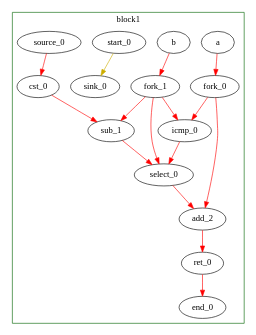
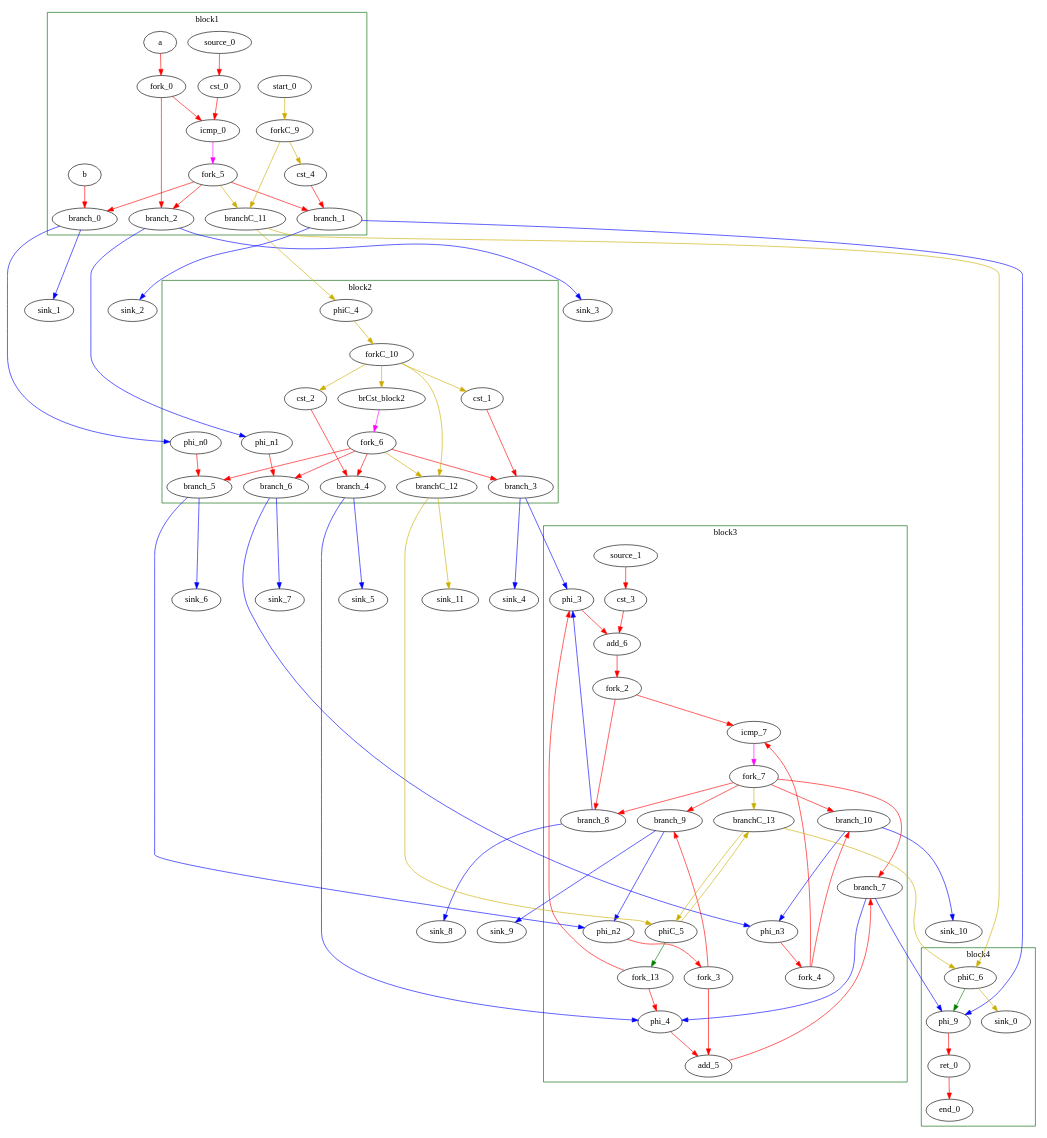
Before and after one commit to madhur19171/dot2verilog: the diagram in src/HelloWorld.dot, drawn with Graphviz. The commit also changed 17 other files, not shown here.

```diff
--- a/src/HelloWorld.dot
+++ b/src/HelloWorld.dot
@@ -1,37 +1,169 @@
 Digraph G {
 	splines=spline;
 //DHLS version: 0.1.1" [shape = "none" pos = "20,20!"]
 		"a" [type = "Entry", bbID= 1, in = "in1:32", out = "out1:32"];
 		"b" [type = "Entry", bbID= 1, in = "in1:32", out = "out1:32"];
+		"cst_0" [type = "Constant", bbID= 1, in = "in1:32", out = "out1:32", value = "0x00000000"];
 		"icmp_0" [type = "Operator", bbID= 1, op = "icmp_sgt_op", in = "in1:32 in2:32 ", out = "out1:1 ", delay=1.530, latency=0, II=1];
-		"cst_0" [type = "Constant", bbID= 1, in = "in1:32", out = "out1:32", value = "0x00000000"];
-		"sub_1" [type = "Operator", bbID= 1, op = "sub_op", in = "in1:32 in2:32 ", out = "out1:32 ", delay=1.693, latency=0, II=1];
-		"select_0" [type = "Operator", bbID= 1, op = "select_op", in = "in1?:1 in2+:32 in3-:32 ", out = "out1:32 ", trueFrac=0.2, delay=0.000, latency=0, II=1];
-		"add_2" [type = "Operator", bbID= 1, op = "add_op", in = "in1:32 in2:32 ", out = "out1:32 ", delay=1.693, latency=0, II=1];
-		"ret_0" [type = "Operator", bbID= 1, op = "ret_op", in = "in1:32 ", out = "out1:32 ", delay=0.000, latency=0, II=1];
+		"brCst_block2" [type = "Constant", bbID= 2, in = "in1:1", out = "out1:1", value = "0x1"];
+		"cst_1" [type = "Constant", bbID= 2, in = "in1:32", out = "out1:32", value = "0x00000000"];
+		"phi_3" [type = "Mux", bbID= 3, in = "in1?:1 in2:32 in3:32 ", out = "out1:32", delay=0.366];
+		"cst_2" [type = "Constant", bbID= 2, in = "in1:32", out = "out1:32", value = "0x00000000"];
+		"phi_4" [type = "Mux", bbID= 3, in = "in1?:1 in2:32 in3:32 ", out = "out1:32", delay=0.366];
+		"add_5" [type = "Operator", bbID= 3, op = "add_op", in = "in1:32 in2:32 ", out = "out1:32 ", delay=1.693, latency=0, II=1];
+		"cst_3" [type = "Constant", bbID= 3, in = "in1:32", out = "out1:32", value = "0x00000001"];
+		"add_6" [type = "Operator", bbID= 3, op = "add_op", in = "in1:32 in2:32 ", out = "out1:32 ", delay=1.693, latency=0, II=1];
+		"icmp_7" [type = "Operator", bbID= 3, op = "icmp_slt_op", in = "in1:32 in2:32 ", out = "out1:1 ", delay=1.530, latency=0, II=1];
+		"cst_4" [type = "Constant", bbID= 1, in = "in1:32", out = "out1:32", value = "0x00000000"];
+		"phi_9" [type = "Mux", bbID= 4, in = "in1?:1 in2:32 in3:32 ", out = "out1:32", delay=0.366];
+		"ret_0" [type = "Operator", bbID= 4, op = "ret_op", in = "in1:32 ", out = "out1:32 ", delay=0.000, latency=0, II=1];
+		"phi_n0" [type = "Merge", bbID= 2, in = "in1:32 ", out = "out1:32", delay=0.000];
+		"phi_n1" [type = "Merge", bbID= 2, in = "in1:32 ", out = "out1:32", delay=0.000];
+		"phi_n2" [type = "Merge", bbID= 3, in = "in1:32 in2:32 ", out = "out1:32", delay=0.366];
+		"phi_n3" [type = "Merge", bbID= 3, in = "in1:32 in2:32 ", out = "out1:32", delay=0.366];
 		"fork_0" [type = "Fork", bbID= 1, in = "in1:32", out = "out1:32 out2:32 "];
-		"fork_1" [type = "Fork", bbID= 1, in = "in1:32", out = "out1:32 out2:32 out3:32 "];
+		"fork_2" [type = "Fork", bbID= 3, in = "in1:32", out = "out1:32 out2:32 "];
+		"fork_3" [type = "Fork", bbID= 3, in = "in1:32", out = "out1:32 out2:32 "];
+		"fork_4" [type = "Fork", bbID= 3, in = "in1:32", out = "out1:32 out2:32 "];
+		"branch_0" [type = "Branch", bbID= 1,  in = "in1:32 in2?:1", out = "out1+:32 out2-:32"];
+		"branch_1" [type = "Branch", bbID= 1,  in = "in1:32 in2?:1", out = "out1+:32 out2-:32"];
+		"branch_2" [type = "Branch", bbID= 1,  in = "in1:32 in2?:1", out = "out1+:32 out2-:32"];
+		"fork_5" [type = "Fork", bbID= 1, in = "in1:1", out = "out1:1 out2:1 out3:1 out4:1 "];
+		"branch_3" [type = "Branch", bbID= 2,  in = "in1:32 in2?:1", out = "out1+:32 out2-:32"];
+		"branch_4" [type = "Branch", bbID= 2,  in = "in1:32 in2?:1", out = "out1+:32 out2-:32"];
+		"branch_5" [type = "Branch", bbID= 2,  in = "in1:32 in2?:1", out = "out1+:32 out2-:32"];
+		"branch_6" [type = "Branch", bbID= 2,  in = "in1:32 in2?:1", out = "out1+:32 out2-:32"];
+		"fork_6" [type = "Fork", bbID= 2, in = "in1:1", out = "out1:1 out2:1 out3:1 out4:1 out5:1 "];
+		"branch_7" [type = "Branch", bbID= 3,  in = "in1:32 in2?:1", out = "out1+:32 out2-:32"];
+		"branch_8" [type = "Branch", bbID= 3,  in = "in1:32 in2?:1", out = "out1+:32 out2-:32"];
+		"branch_9" [type = "Branch", bbID= 3,  in = "in1:32 in2?:1", out = "out1+:32 out2-:32"];
+		"branch_10" [type = "Branch", bbID= 3,  in = "in1:32 in2?:1", out = "out1+:32 out2-:32"];
+		"fork_7" [type = "Fork", bbID= 3, in = "in1:1", out = "out1:1 out2:1 out3:1 out4:1 out5:1 "];
 		"end_0" [type = "Exit", bbID= 0, in = "in1:32 ", out = "out1:32"];
 		"start_0" [type = "Entry", control= "true", bbID= 1, in = "in1:0", out = "out1:0"];
+		"forkC_9" [type = "Fork", bbID= 1, in = "in1:0", out = "out1:0 out2:0 "];
+		"branchC_11" [type = "Branch", bbID= 1,  in = "in1:0 in2?:1", out = "out1+:0 out2-:0"];
+		"phiC_4" [type = "Merge", bbID= 2, in = "in1:0 ", out = "out1:0", delay=0.166];
+		"forkC_10" [type = "Fork", bbID= 2, in = "in1:0", out = "out1:0 out2:0 out3:0 out4:0 "];
+		"branchC_12" [type = "Branch", bbID= 2,  in = "in1:0 in2?:1", out = "out1+:0 out2-:0"];
+		"phiC_5" [type = "CntrlMerge", bbID= 3, in = "in1:0 in2:0 ", out = "out1:0 out2?:1", delay=0.166];
+		"branchC_13" [type = "Branch", bbID= 3,  in = "in1:0 in2?:1", out = "out1+:0 out2-:0"];
+		"phiC_6" [type = "CntrlMerge", bbID= 4, in = "in1:0 in2:0 ", out = "out1:0 out2?:1", delay=0.166];
 		"sink_0" [type = "Sink", bbID= 0, in = "in1:0"];
+		"sink_1" [type = "Sink", bbID= 0, in = "in1:32"];
+		"sink_2" [type = "Sink", bbID= 0, in = "in1:32"];
+		"sink_3" [type = "Sink", bbID= 0, in = "in1:32"];
+		"sink_4" [type = "Sink", bbID= 0, in = "in1:32"];
+		"sink_5" [type = "Sink", bbID= 0, in = "in1:32"];
+		"sink_6" [type = "Sink", bbID= 0, in = "in1:32"];
+		"sink_7" [type = "Sink", bbID= 0, in = "in1:32"];
+		"sink_8" [type = "Sink", bbID= 0, in = "in1:32"];
+		"sink_9" [type = "Sink", bbID= 0, in = "in1:32"];
+		"sink_10" [type = "Sink", bbID= 0, in = "in1:32"];
+		"sink_11" [type = "Sink", bbID= 0, in = "in1:0"];
 		"source_0" [type = "Source", bbID= 1, out = "out1:32"];
+		"source_1" [type = "Source", bbID= 3, out = "out1:32"];
+		"fork_13" [type = "Fork", bbID= 3, in = "in1:1", out = "out1:1 out2:1 "];
 	subgraph cluster_0 {
 	color = "darkgreen";
 		label = "block1";
 		"a" -> "fork_0" [color = "red", from = "out1", to = "in1"];
-		"b" -> "fork_1" [color = "red", from = "out1", to = "in1"];
-		"icmp_0" -> "select_0" [color = "red", from = "out1", to = "in1"];
-		"cst_0" -> "sub_1" [color = "red", from = "out1", to = "in1"];
-		"sub_1" -> "select_0" [color = "red", from = "out1", to = "in3"];
-		"select_0" -> "add_2" [color = "red", from = "out1", to = "in1"];
-		"add_2" -> "ret_0" [color = "red", from = "out1", to = "in1"];
-		"ret_0" -> "end_0" [color = "red", from = "out1", to = "in1"];
+		"b" -> "branch_0" [color = "red", from = "out1", to = "in1"];
+		"cst_0" -> "icmp_0" [color = "red", from = "out1", to = "in2"];
+		"icmp_0" -> "fork_5" [color = "magenta", from = "out1", to = "in1"];
+		"cst_4" -> "branch_1" [color = "red", from = "out1", to = "in1"];
 		"fork_0" -> "icmp_0" [color = "red", from = "out1", to = "in1"];
-		"fork_0" -> "add_2" [color = "red", from = "out2", to = "in2"];
-		"fork_1" -> "icmp_0" [color = "red", from = "out1", to = "in2"];
-		"fork_1" -> "sub_1" [color = "red", from = "out2", to = "in2"];
-		"fork_1" -> "select_0" [color = "red", from = "out3", to = "in2"];
-		"start_0" -> "sink_0" [color = "gold3", from = "out1", to = "in1"];
+		"fork_0" -> "branch_2" [color = "red", from = "out2", to = "in1"];
+		"fork_5" -> "branch_2" [color = "red", from = "out1", to = "in2"];
+		"fork_5" -> "branch_1" [color = "red", from = "out2", to = "in2"];
+		"fork_5" -> "branch_0" [color = "red", from = "out3", to = "in2"];
+		"fork_5" -> "branchC_11" [color = "gold3", from = "out4", to = "in2"];
+		"start_0" -> "forkC_9" [color = "gold3", from = "out1", to = "in1"];
+		"forkC_9" -> "cst_4" [color = "gold3", from = "out1", to = "in1"];
+		"forkC_9" -> "branchC_11" [color = "gold3", from = "out2", to = "in1"];
 		"source_0" -> "cst_0" [color = "red", from = "out1", to = "in1"];
 	}
+		"branch_0" -> "phi_n0" [color = "blue", minlen = 3, from = "out1", to = "in1"];
+		"branch_0" -> "sink_1" [color = "blue", minlen = 3, from = "out2", to = "in1"];
+		"branch_1" -> "phi_9" [color = "blue", minlen = 3, from = "out2", to = "in2"];
+		"branch_1" -> "sink_2" [color = "blue", minlen = 3, from = "out1", to = "in1"];
+		"branch_2" -> "phi_n1" [color = "blue", minlen = 3, from = "out1", to = "in1"];
+		"branch_2" -> "sink_3" [color = "blue", minlen = 3, from = "out2", to = "in1"];
+		"branchC_11" -> "phiC_4" [color = "gold3", minlen = 3, from = "out1", to = "in1"];
+		"branchC_11" -> "phiC_6" [color = "gold3", minlen = 3, from = "out2", to = "in1"];
+	subgraph cluster_1 {
+	color = "darkgreen";
+		label = "block2";
+		"brCst_block2" -> "fork_6" [color = "magenta", from = "out1", to = "in1"];
+		"cst_1" -> "branch_3" [color = "red", from = "out1", to = "in1"];
+		"cst_2" -> "branch_4" [color = "red", from = "out1", to = "in1"];
+		"phi_n0" -> "branch_5" [color = "red", from = "out1", to = "in1"];
+		"phi_n1" -> "branch_6" [color = "red", from = "out1", to = "in1"];
+		"fork_6" -> "branch_6" [color = "red", from = "out1", to = "in2"];
+		"fork_6" -> "branch_5" [color = "red", from = "out2", to = "in2"];
+		"fork_6" -> "branch_4" [color = "red", from = "out3", to = "in2"];
+		"fork_6" -> "branch_3" [color = "red", from = "out4", to = "in2"];
+		"fork_6" -> "branchC_12" [color = "gold3", from = "out5", to = "in2"];
+		"phiC_4" -> "forkC_10" [color = "gold3", from = "out1", to = "in1"];
+		"forkC_10" -> "cst_1" [color = "gold3", from = "out1", to = "in1"];
+		"forkC_10" -> "cst_2" [color = "gold3", from = "out2", to = "in1"];
+		"forkC_10" -> "branchC_12" [color = "gold3", from = "out3", to = "in1"];
+		"forkC_10" -> "brCst_block2" [color = "gold3", from = "out4", to = "in1"];
+	}
+		"branch_3" -> "phi_3" [color = "blue", minlen = 3, from = "out1", to = "in2"];
+		"branch_3" -> "sink_4" [color = "blue", minlen = 3, from = "out2", to = "in1"];
+		"branch_4" -> "phi_4" [color = "blue", minlen = 3, from = "out1", to = "in2"];
+		"branch_4" -> "sink_5" [color = "blue", minlen = 3, from = "out2", to = "in1"];
+		"branch_5" -> "phi_n2" [color = "blue", minlen = 3, from = "out1", to = "in1"];
+		"branch_5" -> "sink_6" [color = "blue", minlen = 3, from = "out2", to = "in1"];
+		"branch_6" -> "phi_n3" [color = "blue", minlen = 3, from = "out1", to = "in1"];
+		"branch_6" -> "sink_7" [color = "blue", minlen = 3, from = "out2", to = "in1"];
+		"branchC_12" -> "phiC_5" [color = "gold3", minlen = 3, from = "out1", to = "in1"];
+		"branchC_12" -> "sink_11" [color = "gold3", minlen = 3, from = "out2", to = "in1"];
+	subgraph cluster_2 {
+	color = "darkgreen";
+		label = "block3";
+		"phi_3" -> "add_6" [color = "red", from = "out1", to = "in1"];
+		"phi_4" -> "add_5" [color = "red", from = "out1", to = "in1"];
+		"add_5" -> "branch_7" [color = "red", from = "out1", to = "in1"];
+		"cst_3" -> "add_6" [color = "red", from = "out1", to = "in2"];
+		"add_6" -> "fork_2" [color = "red", from = "out1", to = "in1"];
+		"icmp_7" -> "fork_7" [color = "magenta", from = "out1", to = "in1"];
+		"phi_n2" -> "fork_3" [color = "red", from = "out1", to = "in1"];
+		"phi_n3" -> "fork_4" [color = "red", from = "out1", to = "in1"];
+		"fork_2" -> "icmp_7" [color = "red", from = "out1", to = "in1"];
+		"fork_2" -> "branch_8" [color = "red", from = "out2", to = "in1"];
+		"fork_3" -> "add_5" [color = "red", from = "out1", to = "in2"];
+		"fork_3" -> "branch_9" [color = "red", from = "out2", to = "in1"];
+		"fork_4" -> "icmp_7" [color = "red", from = "out1", to = "in2"];
+		"fork_4" -> "branch_10" [color = "red", from = "out2", to = "in1"];
+		"fork_7" -> "branch_10" [color = "red", from = "out1", to = "in2"];
+		"fork_7" -> "branch_9" [color = "red", from = "out2", to = "in2"];
+		"fork_7" -> "branch_8" [color = "red", from = "out3", to = "in2"];
+		"fork_7" -> "branch_7" [color = "red", from = "out4", to = "in2"];
+		"fork_7" -> "branchC_13" [color = "gold3", from = "out5", to = "in2"];
+		"phiC_5" -> "fork_13" [color = "green", from = "out2", to = "in1"];
+		"phiC_5" -> "branchC_13" [color = "gold3", from = "out1", to = "in1"];
+		"source_1" -> "cst_3" [color = "red", from = "out1", to = "in1"];
+		"fork_13" -> "phi_3" [color = "red", from = "out1", to = "in1"];
+		"fork_13" -> "phi_4" [color = "red", from = "out2", to = "in1"];
+	}
+		"branch_7" -> "phi_4" [color = "blue", minlen = 3, from = "out1", to = "in3"];
+		"branch_7" -> "phi_9" [color = "blue", minlen = 3, from = "out2", to = "in3"];
+		"branch_8" -> "phi_3" [color = "blue", minlen = 3, from = "out1", to = "in3"];
+		"branch_8" -> "sink_8" [color = "blue", minlen = 3, from = "out2", to = "in1"];
+		"branch_9" -> "phi_n2" [color = "blue", minlen = 3, from = "out1", to = "in2"];
+		"branch_9" -> "sink_9" [color = "blue", minlen = 3, from = "out2", to = "in1"];
+		"branch_10" -> "phi_n3" [color = "blue", minlen = 3, from = "out1", to = "in2"];
+		"branch_10" -> "sink_10" [color = "blue", minlen = 3, from = "out2", to = "in1"];
+		"branchC_13" -> "phiC_5" [color = "gold3", minlen = 3, from = "out1", to = "in2"];
+		"branchC_13" -> "phiC_6" [color = "gold3", minlen = 3, from = "out2", to = "in2"];
+	subgraph cluster_3 {
+	color = "darkgreen";
+		label = "block4";
+		"phi_9" -> "ret_0" [color = "red", from = "out1", to = "in1"];
+		"ret_0" -> "end_0" [color = "red", from = "out1", to = "in1"];
+		"phiC_6" -> "phi_9" [color = "green", from = "out2", to = "in1"];
+		"phiC_6" -> "sink_0" [color = "gold3", from = "out1", to = "in1"];
+	}
 }
```
